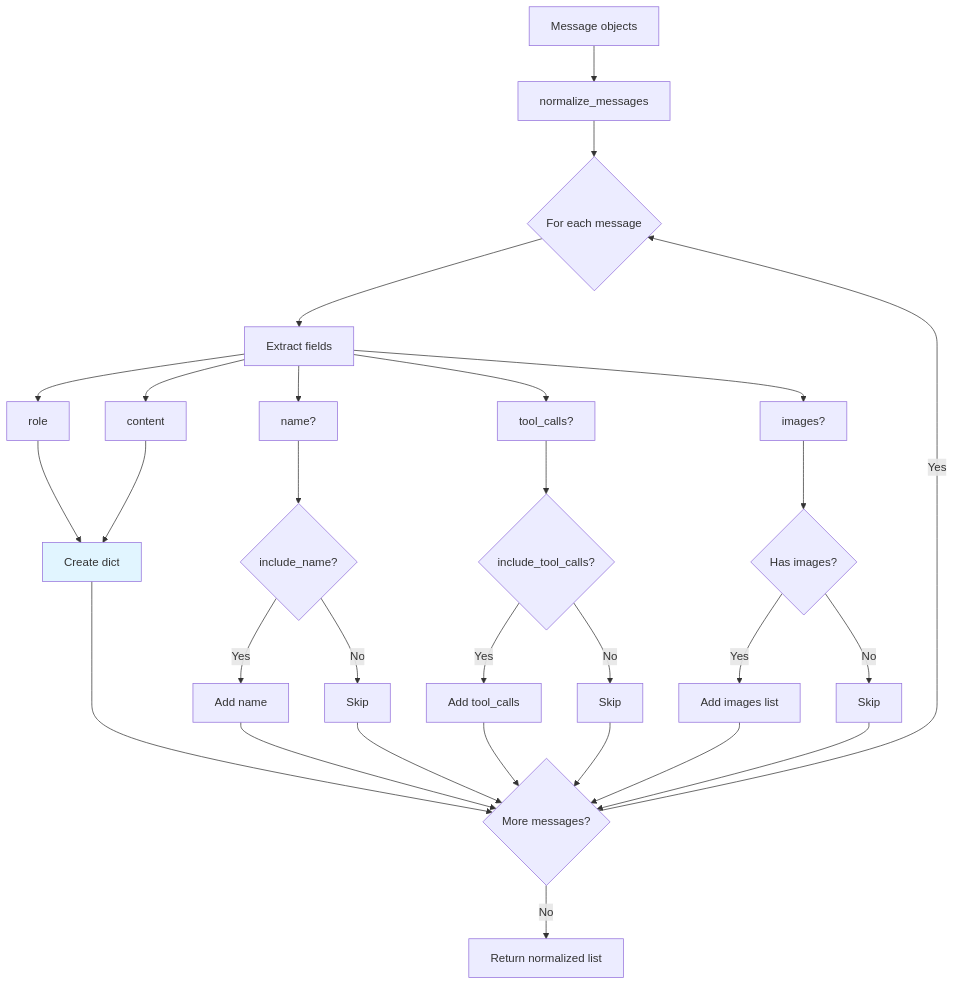
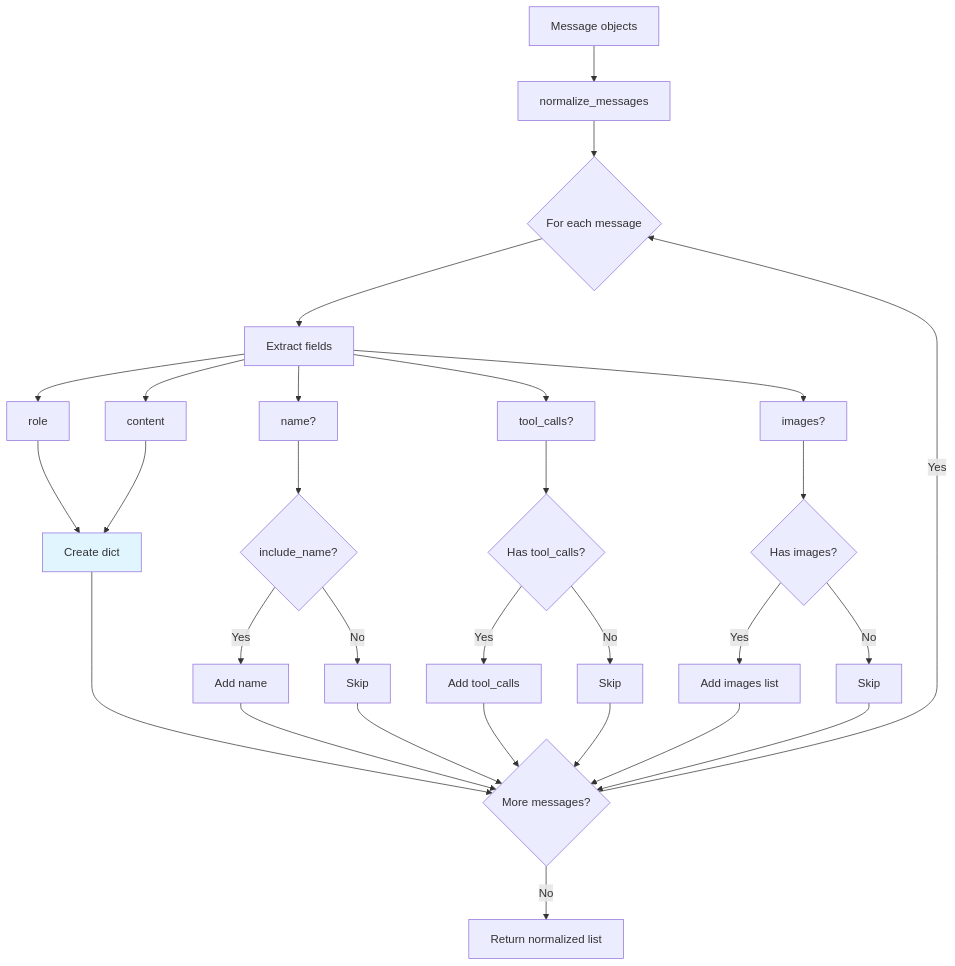
One commit to oOHiyoriOo/nami_ai changed the fourth of 5 diagrams in docs/diagrams/05_provider_architecture.md. Above: the diagram before and after it, drawn with Mermaid. The commit also changed 14 other files, not shown here.

````diff
--- a/docs/diagrams/05_provider_architecture.md
+++ b/docs/diagrams/05_provider_architecture.md
@@ -123,41 +123,41 @@
 ```mermaid
 graph TB
     Input[Message objects] --> Normalize[normalize_messages]
 
     Normalize --> Loop{For each message}
 
     Loop --> Extract[Extract fields]
     Extract --> Role[role]
     Extract --> Content[content]
     Extract --> Name[name?]
     Extract --> Tools[tool_calls?]
     Extract --> Images[images?]
 
     Role --> Dict[Create dict]
     Content --> Dict
 
     Name --> Check1{include_name?}
     Check1 -->|Yes| Add1[Add name]
     Check1 -->|No| Skip1[Skip]
 
-    Tools --> Check2{include_tool_calls?}
+    Tools --> Check2{Has tool_calls?}
     Check2 -->|Yes| Add2[Add tool_calls]
     Check2 -->|No| Skip2[Skip]
 
     Images --> Check3{Has images?}
     Check3 -->|Yes| Add3[Add images list]
     Check3 -->|No| Skip3[Skip]
 
     Dict --> More{More messages?}
     Add1 --> More
     Add2 --> More
     Add3 --> More
     Skip1 --> More
     Skip2 --> More
     Skip3 --> More
 
     More -->|Yes| Loop
     More -->|No| Return[Return normalized list]
 
     style Dict fill:#e1f5ff
 ```
````
